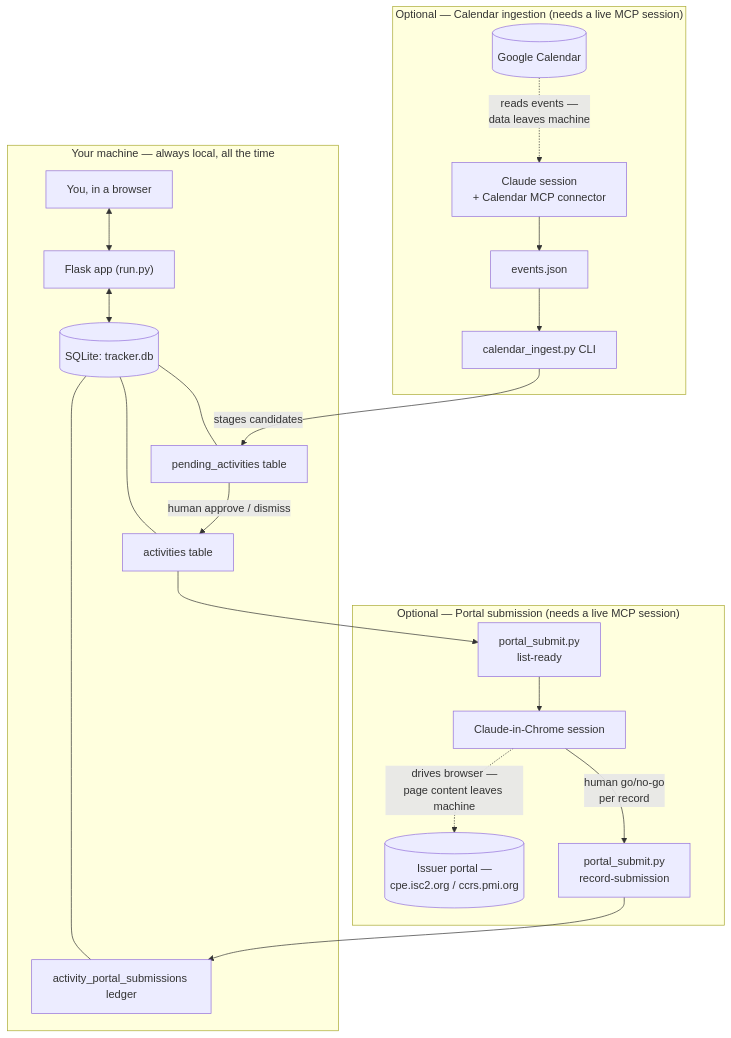
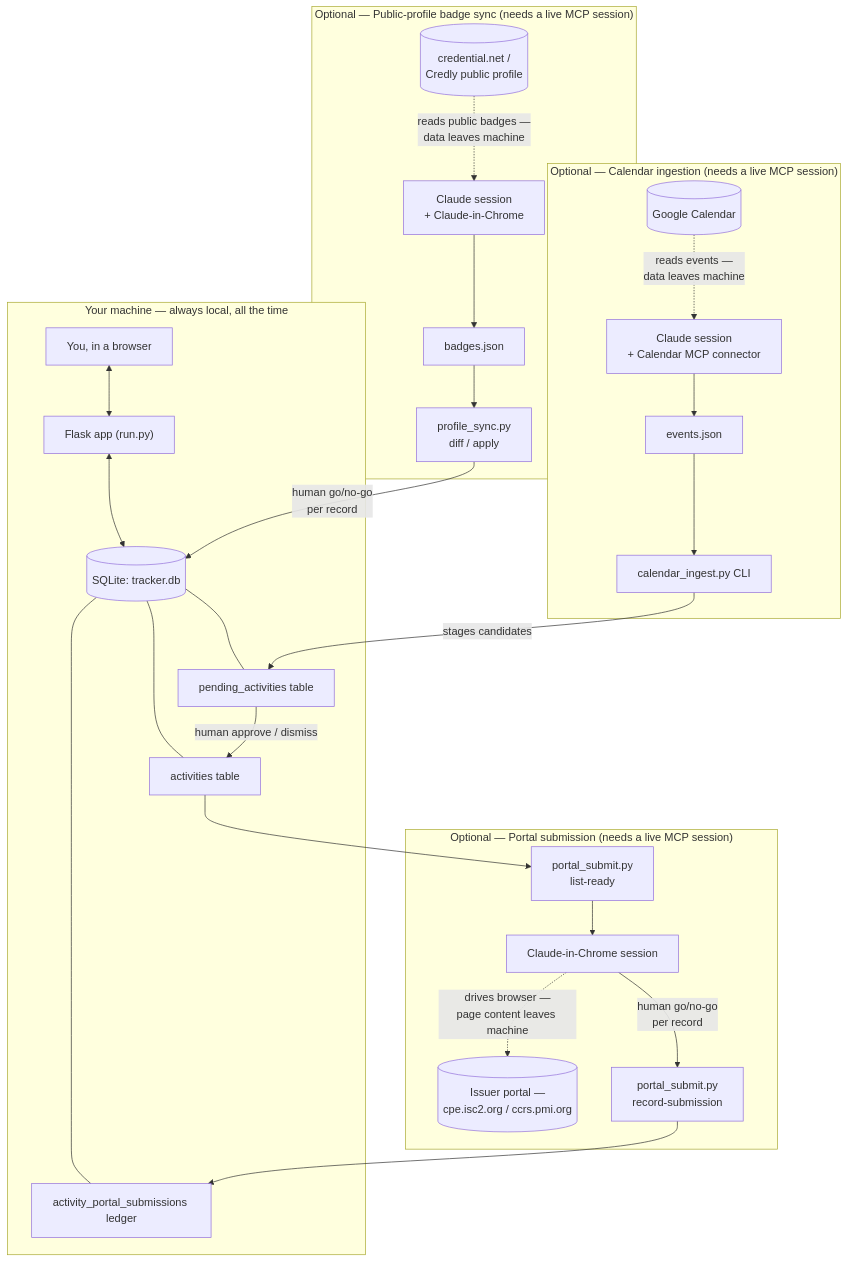
Before and after one commit to mikhaelf/cyclyst: the diagram in README.md, drawn with Mermaid. The commit also changed other lines of this file and 2 other files, not shown here.

First line of the commit message:
Add profile_sync.py: validate/populate credentials from a public badge profile (#32)

````diff
--- a/README.md
+++ b/README.md
@@ -626,43 +704,55 @@
 ```mermaid
 flowchart TB
     subgraph local["Your machine — always local, all the time"]
         you["You, in a browser"]
         flask["Flask app (run.py)"]
         db[("SQLite: tracker.db")]
         pending["pending_activities table"]
         activities["activities table"]
         ledger["activity_portal_submissions ledger"]
 
         you <--> flask
         flask <--> db
         db --- pending
         db --- activities
         db --- ledger
         pending -->|"human approve / dismiss"| activities
     end
 
     subgraph calendar["Optional — Calendar ingestion (needs a live MCP session)"]
         gcal[("Google Calendar")]
         claudecal["Claude session<br/>+ Calendar MCP connector"]
         eventsjson["events.json"]
         ingestcli["calendar_ingest.py CLI"]
 
         gcal -.->|"reads events —<br/>data leaves machine"| claudecal
         claudecal --> eventsjson
         eventsjson --> ingestcli
     end
     ingestcli -->|"stages candidates"| pending
 
     subgraph portal["Optional — Portal submission (needs a live MCP session)"]
         readycli["portal_submit.py<br/>list-ready"]
         claudechrome["Claude-in-Chrome session"]
         issuer[("Issuer portal —<br/>cpe.isc2.org / ccrs.pmi.org")]
         recordcli["portal_submit.py<br/>record-submission"]
 
         readycli --> claudechrome
         claudechrome -.->|"drives browser —<br/>page content leaves machine"| issuer
         claudechrome -->|"human go/no-go<br/>per record"| recordcli
     end
     activities --> readycli
     recordcli --> ledger
+
+    subgraph profilesync["Optional — Public-profile badge sync (needs a live MCP session)"]
+        badgesjson["badges.json"]
+        claudeprofile["Claude session<br/>+ Claude-in-Chrome"]
+        wallets[("credential.net /<br/>Credly public profile")]
+        diffcli["profile_sync.py<br/>diff / apply"]
+
+        wallets -.->|"reads public badges —<br/>data leaves machine"| claudeprofile
+        claudeprofile --> badgesjson
+        badgesjson --> diffcli
+    end
+    diffcli -->|"human go/no-go<br/>per record"| db
 ```
````
